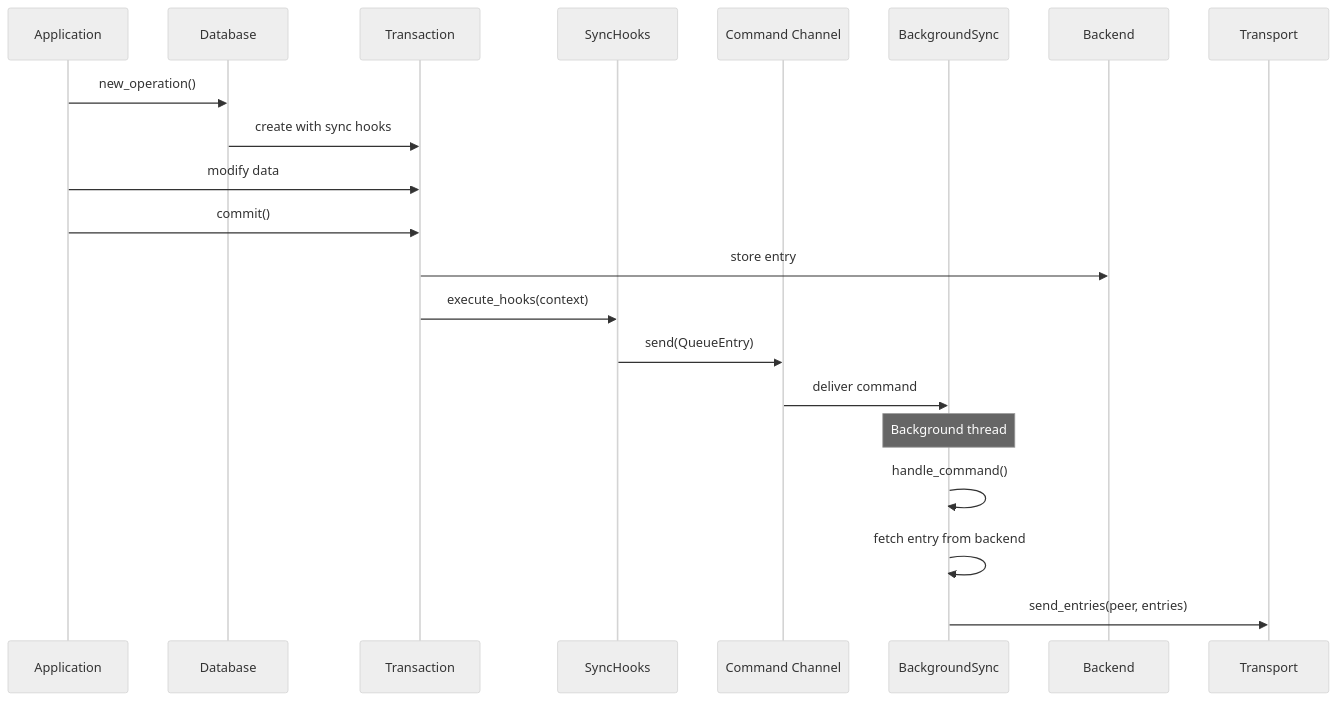
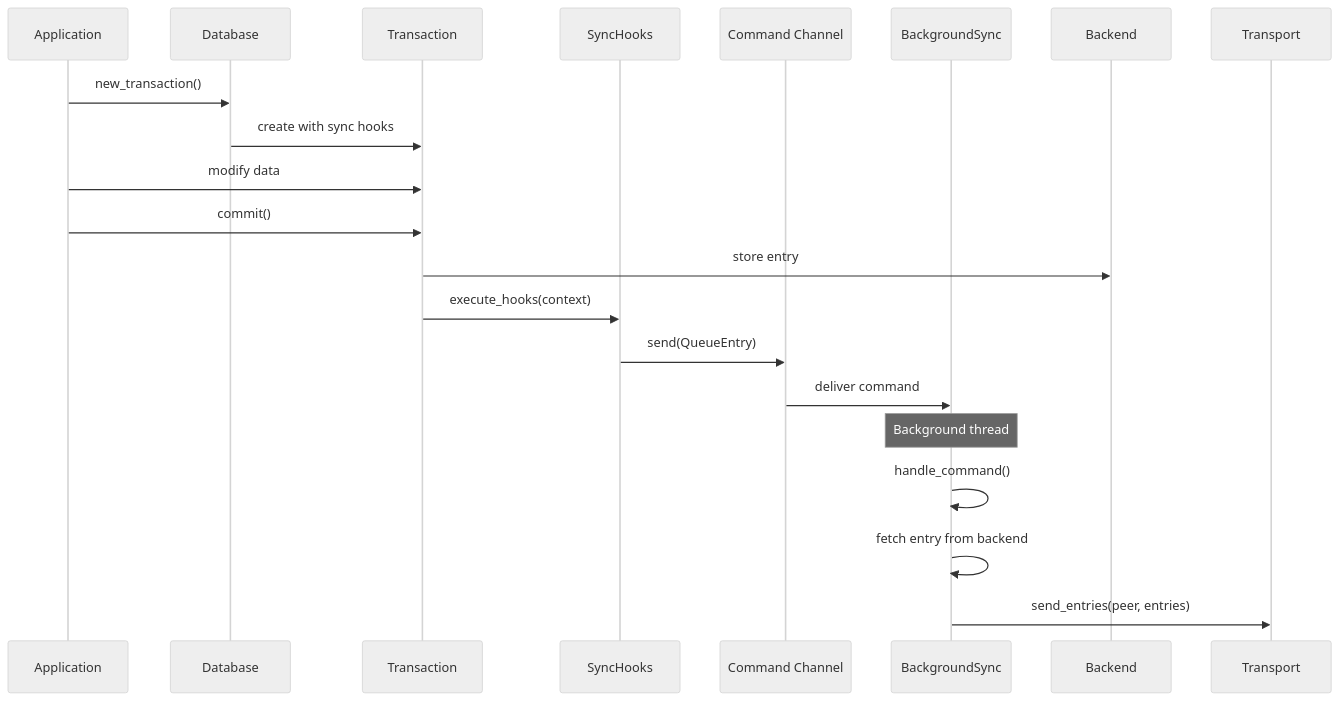
The second of 5 diagrams in docs/src/internal/core_components/synchronization.md (arcuru/eidetica), drawn with Mermaid (neutral theme) before and after one commit. The commit also changed 50 other files, not shown here.

Commit message:
refactor: renaming more operation -> transaction

````diff
--- a/docs/src/internal/core_components/synchronization.md
+++ b/docs/src/internal/core_components/synchronization.md
@@ -335,23 +335,23 @@
 ```mermaid
 sequenceDiagram
     participant App as Application
     participant Database as Database
     participant Transaction as Transaction
     participant Hooks as SyncHooks
     participant Cmd as Command Channel
     participant BG as BackgroundSync
 
-    App->>Database: new_operation()
+    App->>Database: new_transaction()
     Database->>Transaction: create with sync hooks
     App->>Transaction: modify data
     App->>Transaction: commit()
     Transaction->>Backend: store entry
     Transaction->>Hooks: execute_hooks(context)
     Hooks->>Cmd: send(QueueEntry)
     Cmd->>BG: deliver command
 
     Note over BG: Background thread
     BG->>BG: handle_command()
     BG->>BG: fetch entry from backend
     BG->>Transport: send_entries(peer, entries)
 ```
````
